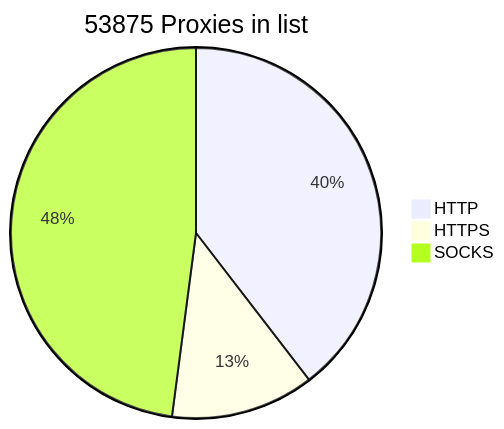
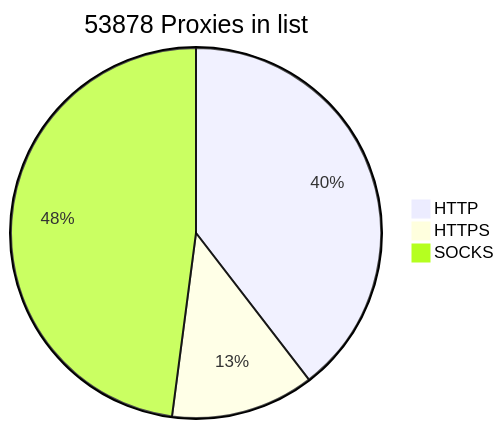
The diagram in README.md (BlackSnowDot/proxylist-update-every-minute), drawn with Mermaid before and after one commit.

````diff
--- a/README.md
+++ b/README.md
@@ -2,6 +2,6 @@
 ```mermaid
-pie title 53875 Proxies in list
-    "HTTP" : 23846
+pie title 53878 Proxies in list
+    "HTTP" : 23847
     "HTTPS": 7548
-    "SOCKS" : 28894
+    "SOCKS" : 28896
 ```
````
